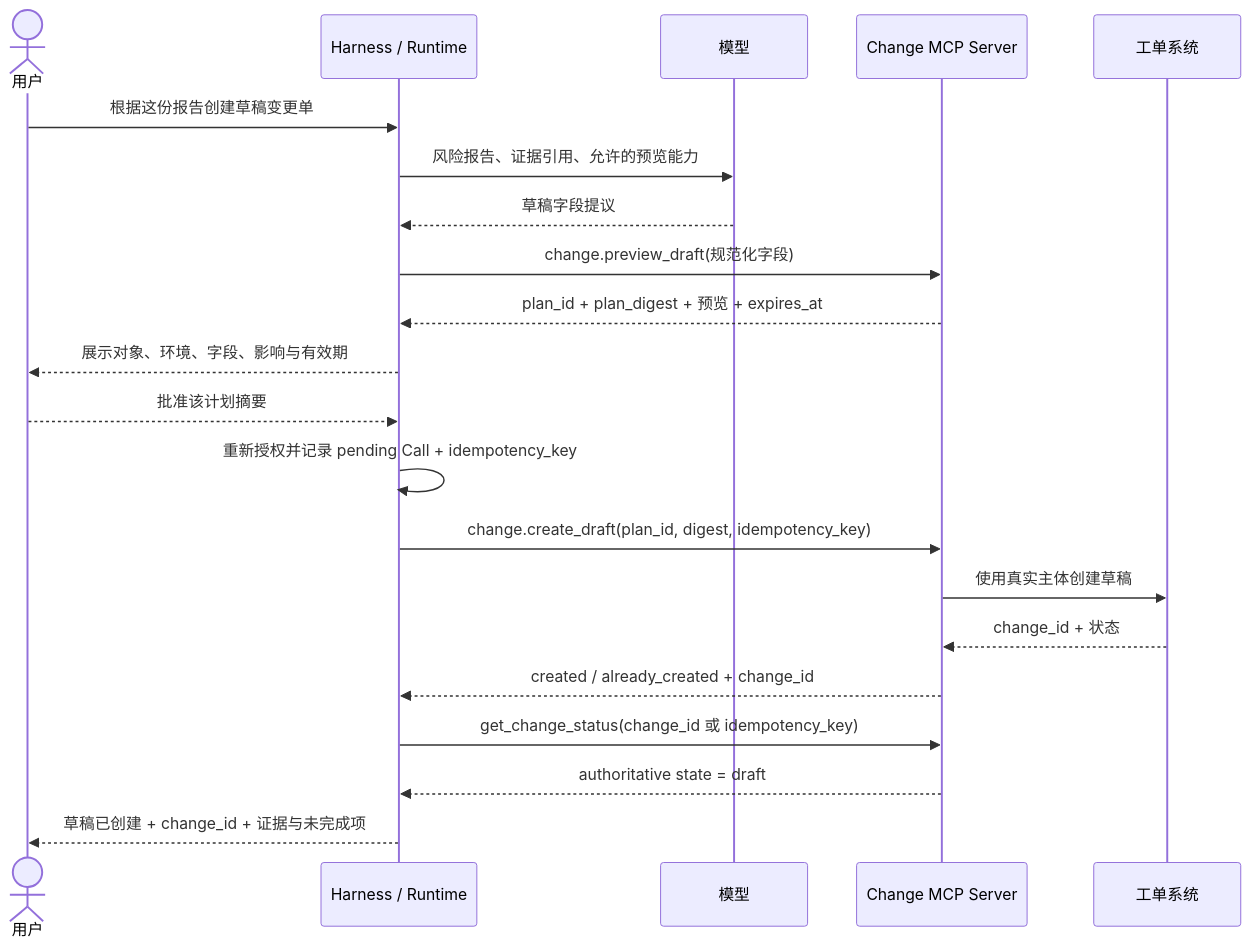
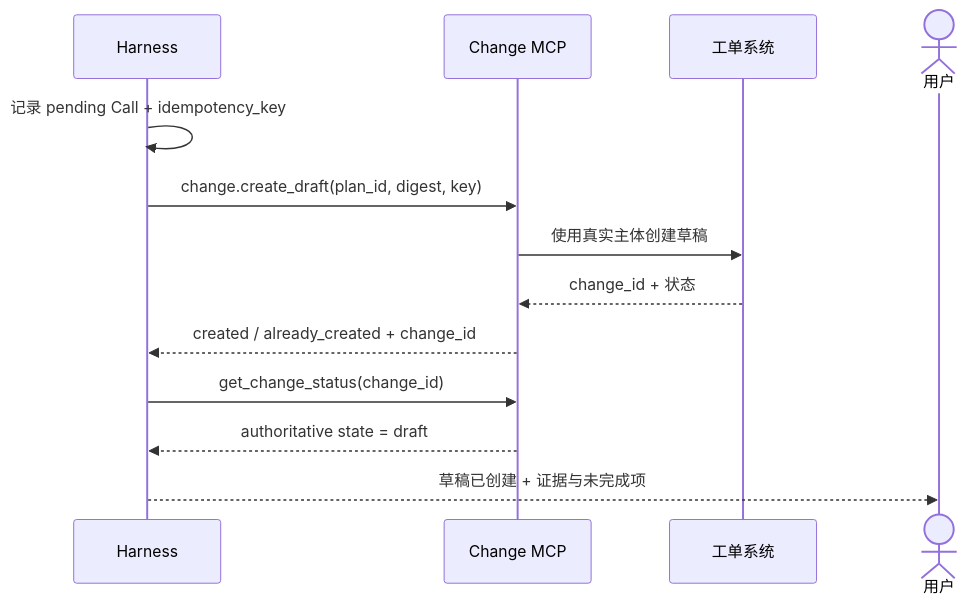
One commit to FoLaJJ/agent-systems-notes changed the seventh of 8 diagrams in docs/14-skill-mcp-together.md. Above: the diagram before and after it, drawn with Mermaid. The commit also changed other lines of this file and 11 other files, not shown here.

Commit message:
Improve Mermaid diagram readability

````diff
--- a/docs/14-skill-mcp-together.md
+++ b/docs/14-skill-mcp-together.md
@@ -255,23 +277,15 @@
 ```mermaid
 sequenceDiagram
+    participant H as Harness
+    participant M as Change MCP
+    participant B as 工单系统
     actor U as 用户
-    participant H as Harness / Runtime
-    participant L as 模型
-    participant M as Change MCP Server
-    participant B as 工单系统
-    U->>H: 根据这份报告创建草稿变更单
-    H->>L: 风险报告、证据引用、允许的预览能力
-    L-->>H: 草稿字段提议
-    H->>M: change.preview_draft(规范化字段)
-    M-->>H: plan_id + plan_digest + 预览 + expires_at
-    H-->>U: 展示对象、环境、字段、影响与有效期
-    U-->>H: 批准该计划摘要
-    H->>H: 重新授权并记录 pending Call + idempotency_key
-    H->>M: change.create_draft(plan_id, digest, idempotency_key)
+    H->>H: 记录 pending Call + idempotency_key
+    H->>M: change.create_draft(plan_id, digest, key)
     M->>B: 使用真实主体创建草稿
     B-->>M: change_id + 状态
     M-->>H: created / already_created + change_id
-    H->>M: get_change_status(change_id 或 idempotency_key)
+    H->>M: get_change_status(change_id)
     M-->>H: authoritative state = draft
-    H-->>U: 草稿已创建 + change_id + 证据与未完成项
+    H-->>U: 草稿已创建 + 证据与未完成项
 ```
````
